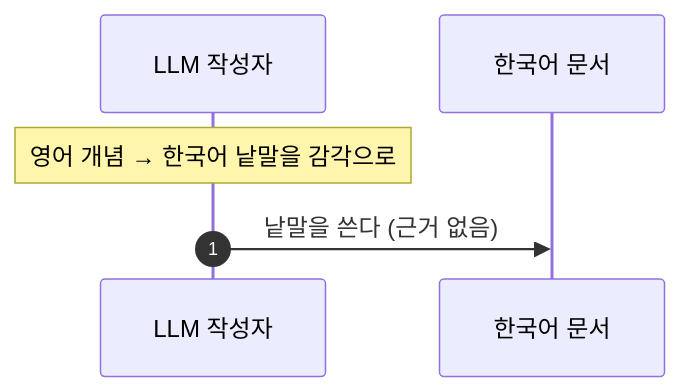
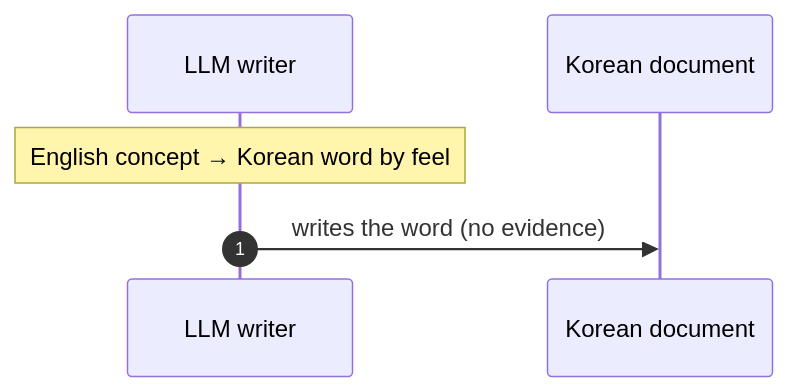
One commit to DogGuyMan/Agent-Report-Build-Pipeline changed the third of 9 diagrams in docs/superpowers/plans/2026-10-28-ko-dev-terms.md. Above: the diagram before and after it, drawn with Mermaid. The commit also changed other lines of this file and 1 other file, not shown here.

Commit message:
[docs] : plans - ko-dev-terms 계획을 영어 정본과 한국어 번역본 두 파일로

````diff
--- a/docs/superpowers/plans/2026-10-28-ko-dev-terms.md
+++ b/docs/superpowers/plans/2026-10-28-ko-dev-terms.md
@@ -237,8 +245,8 @@
 ```mermaid
 sequenceDiagram
     autonumber
-    participant L as LLM 작성자
-    participant W as 한국어 문서
-    Note over L: 영어 개념 → 한국어 낱말을 감각으로
-    L->>W: 낱말을 쓴다 (근거 없음)
+    participant L as LLM writer
+    participant W as Korean document
+    Note over L: English concept → Korean word by feel
+    L->>W: writes the word (no evidence)
 ```
````
